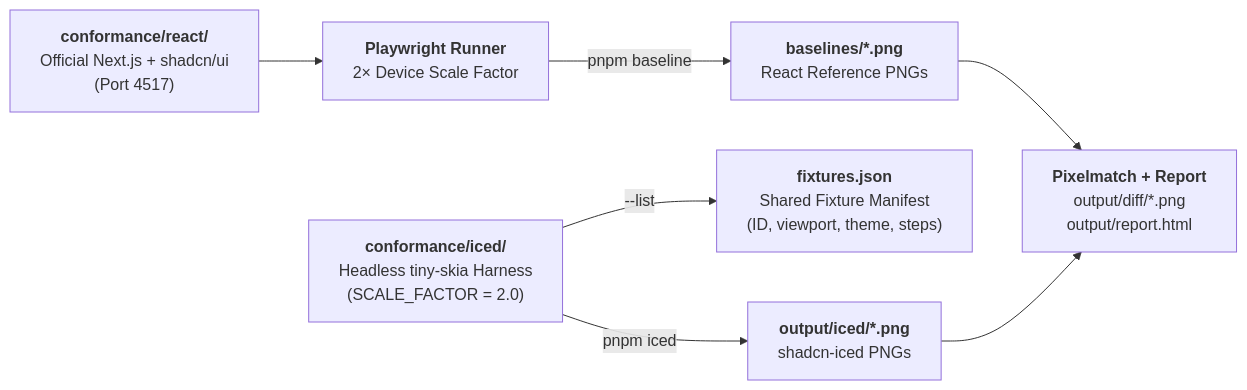
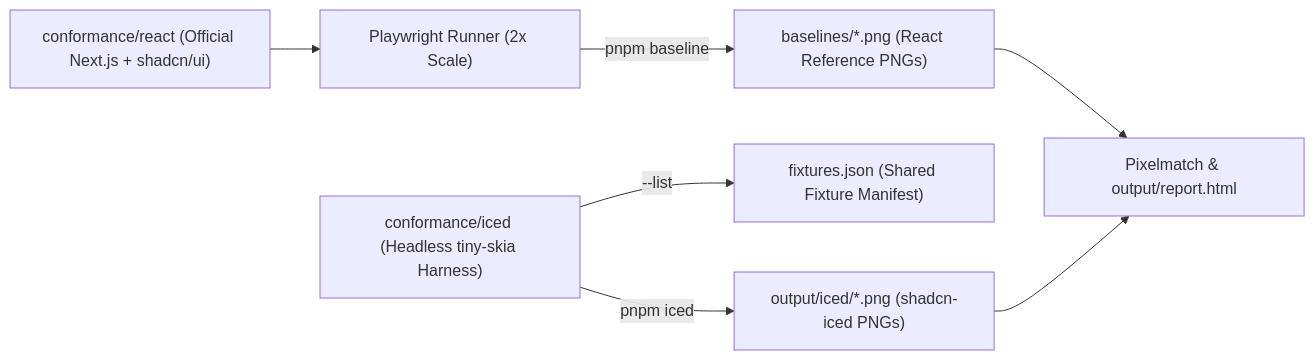
Before and after one commit to r4ai/shadcn-iced: the diagram in conformance/README.md, drawn with Mermaid. The commit also changed other lines of this file and 13 other files, not shown here.

Commit message:
docs: unify screenshots in dark mode, fix mermaid diagrams, and refine list/table formatting

````diff
--- a/conformance/README.md
+++ b/conformance/README.md
@@ -5,17 +5,17 @@
 ```mermaid
 flowchart LR
-    Manifest["<b>fixtures.json</b><br/>Shared Fixture Manifest<br/>(ID, viewport, theme, steps)"]
-    ReactApp["<b>conformance/react/</b><br/>Official Next.js + shadcn/ui<br/>(Port 4517)"]
-    Playwright["<b>Playwright Runner</b><br/>2× Device Scale Factor"]
-    IcedBin["<b>conformance/iced/</b><br/>Headless tiny-skia Harness<br/>(SCALE_FACTOR = 2.0)"]
-    Baseline["<b>baselines/*.png</b><br/>React Reference PNGs"]
-    Actual["<b>output/iced/*.png</b><br/>shadcn-iced PNGs"]
-    Diff["<b>Pixelmatch + Report</b><br/>output/diff/*.png<br/>output/report.html"]
+    Manifest["fixtures.json (Shared Fixture Manifest)"]
+    ReactApp["conformance/react (Official Next.js + shadcn/ui)"]
+    Playwright["Playwright Runner (2x Scale)"]
+    IcedBin["conformance/iced (Headless tiny-skia Harness)"]
+    Baseline["baselines/*.png (React Reference PNGs)"]
+    Actual["output/iced/*.png (shadcn-iced PNGs)"]
+    Diff["Pixelmatch & output/report.html"]
 
     ReactApp --> Playwright
     Playwright -- "pnpm baseline" --> Baseline
     IcedBin -- "--list" --> Manifest
     IcedBin -- "pnpm iced" --> Actual
     Baseline --> Diff
     Actual --> Diff
 ```
````
